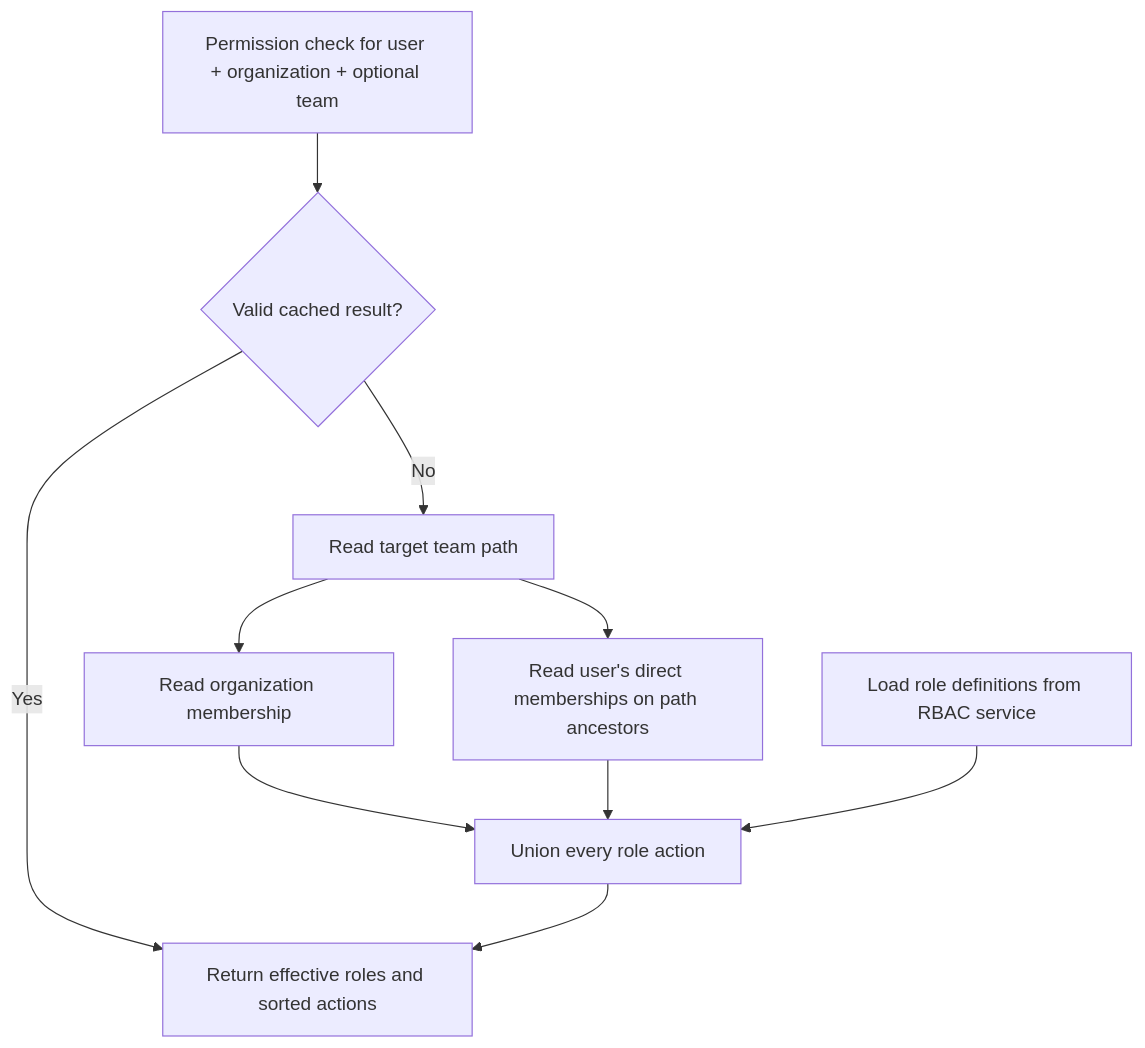
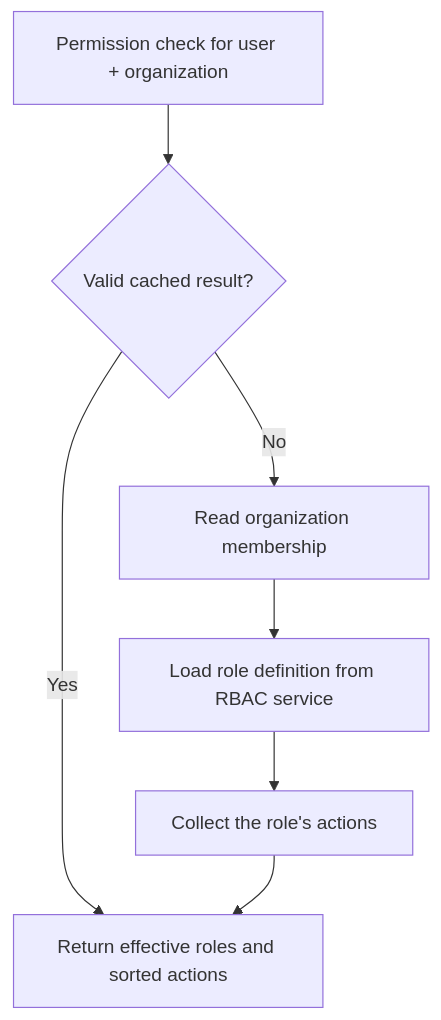
Before and after one commit to prithvikathirvel/sifyforms: the fourth of 5 diagrams in docs/TEAMS_AND_ROLES_GUIDE.md, drawn with Mermaid. The commit also changed other lines of this file and 35 other files, not shown here.

````diff
--- a/docs/TEAMS_AND_ROLES_GUIDE.md
+++ b/docs/TEAMS_AND_ROLES_GUIDE.md
@@ -290,21 +199,16 @@
 ```mermaid
 flowchart TD
-    Q[Permission check for user + organization + optional team]
+    Q[Permission check for user + organization]
     C{Valid cached result?}
-    P[Read target team path]
     O[Read organization membership]
-    T[Read user's direct memberships on path ancestors]
-    D[Load role definitions from RBAC service]
-    U[Union every role action]
+    D[Load role definition from RBAC service]
+    U[Collect the role's actions]
     E[Return effective roles and sorted actions]
 
     Q --> C
     C -->|Yes| E
-    C -->|No| P
-    P --> O
-    P --> T
-    O --> U
-    T --> U
+    C -->|No| O
+    O --> D
     D --> U
     U --> E
 ```
````
